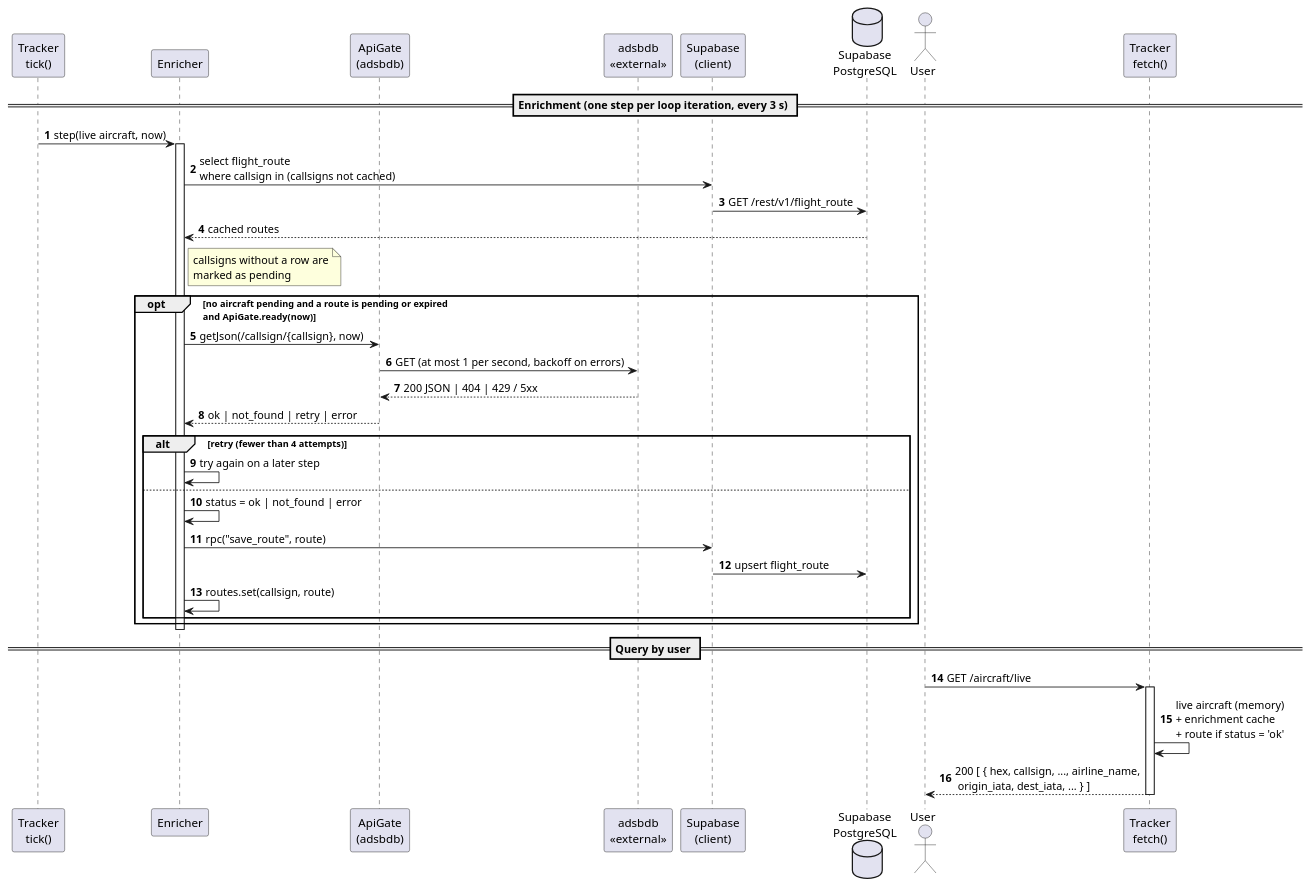
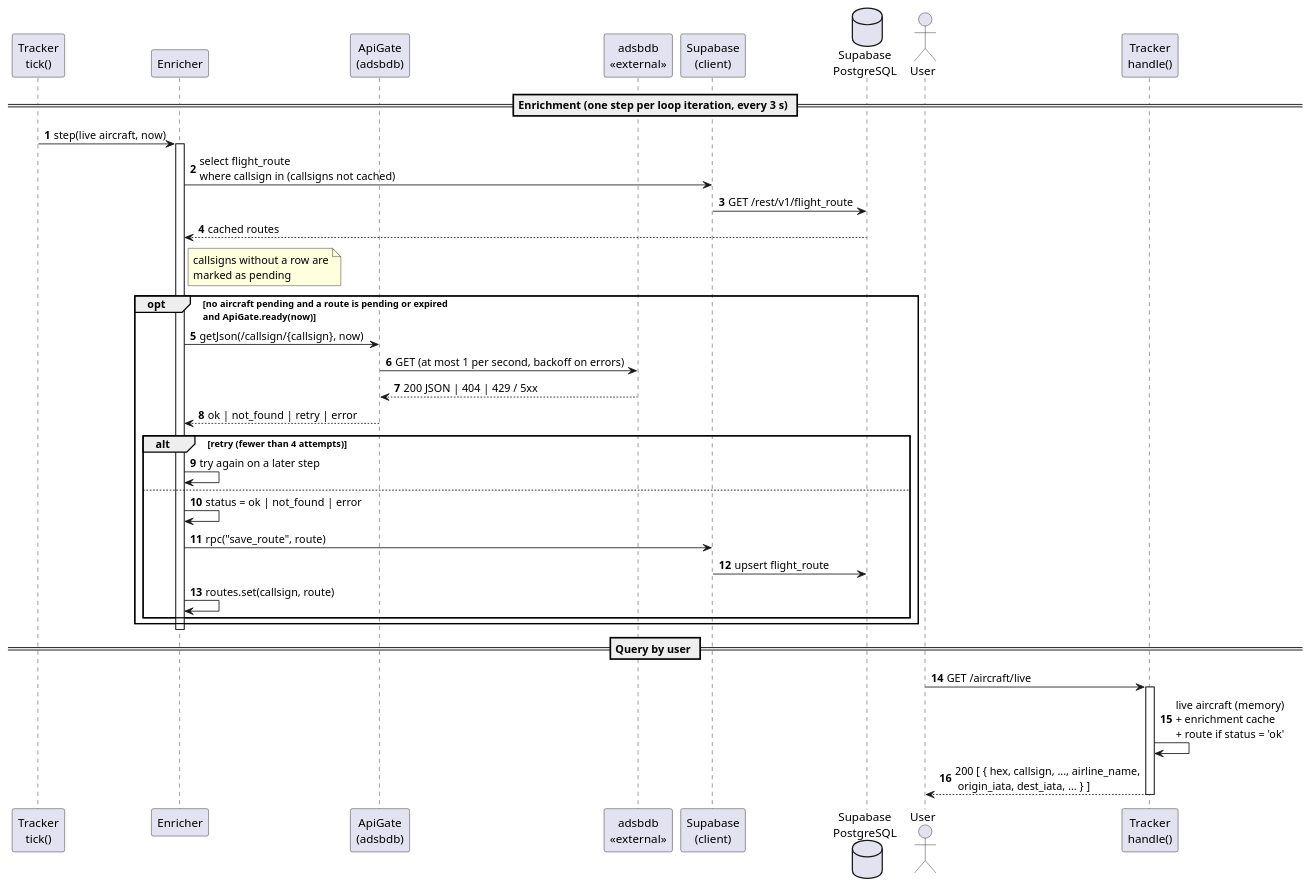
One commit to miguelsiilva1/SkyTracer changed the diagram in docs/system-documentation/use-cases/US03/puml/sd_us03.puml. Above: the diagram before and after it, drawn with PlantUML. The commit also changed 22 other files, not shown here.

First line of the commit message:
docs: close the Sprint 1 stories and add the deployment diagram

```diff
--- a/docs/system-documentation/use-cases/US03/puml/sd_us03.puml
+++ b/docs/system-documentation/use-cases/US03/puml/sd_us03.puml
@@ -1,41 +1,41 @@
 @startuml
 autonumber
 participant "Tracker\ntick()" as T
 participant "Enricher" as E
 participant "ApiGate\n(adsbdb)" as G
 participant "adsbdb\n<<external>>" as Ext
 participant "Supabase\n(client)" as S
 database "Supabase\nPostgreSQL" as DB
 actor "User" as U
-participant "Tracker\nfetch()" as API
+participant "Tracker\nhandle()" as API
 
 == Enrichment (one step per loop iteration, every 3 s) ==
 T -> E : step(live aircraft, now)
 activate E
 E -> S : select flight_route\nwhere callsign in (callsigns not cached)
 S -> DB : GET /rest/v1/flight_route
 DB --> E : cached routes
 note right of E: callsigns without a row are\nmarked as pending
 opt no aircraft pending and a route is pending or expired\nand ApiGate.ready(now)
   E -> G : getJson(/callsign/{callsign}, now)
   G -> Ext : GET (at most 1 per second, backoff on errors)
   Ext --> G : 200 JSON | 404 | 429 / 5xx
   G --> E : ok | not_found | retry | error
   alt retry (fewer than 4 attempts)
     E -> E : try again on a later step
   else
     E -> E : status = ok | not_found | error
     E -> S : rpc("save_route", route)
     S -> DB : upsert flight_route
     E -> E : routes.set(callsign, route)
   end
 end
 deactivate E
 
 == Query by user ==
 U -> API : GET /aircraft/live
 activate API
 API -> API : live aircraft (memory)\n+ enrichment cache\n+ route if status = 'ok'
 API --> U : 200 [ { hex, callsign, ..., airline_name,\n origin_iata, dest_iata, ... } ]
 deactivate API
 @enduml
```
